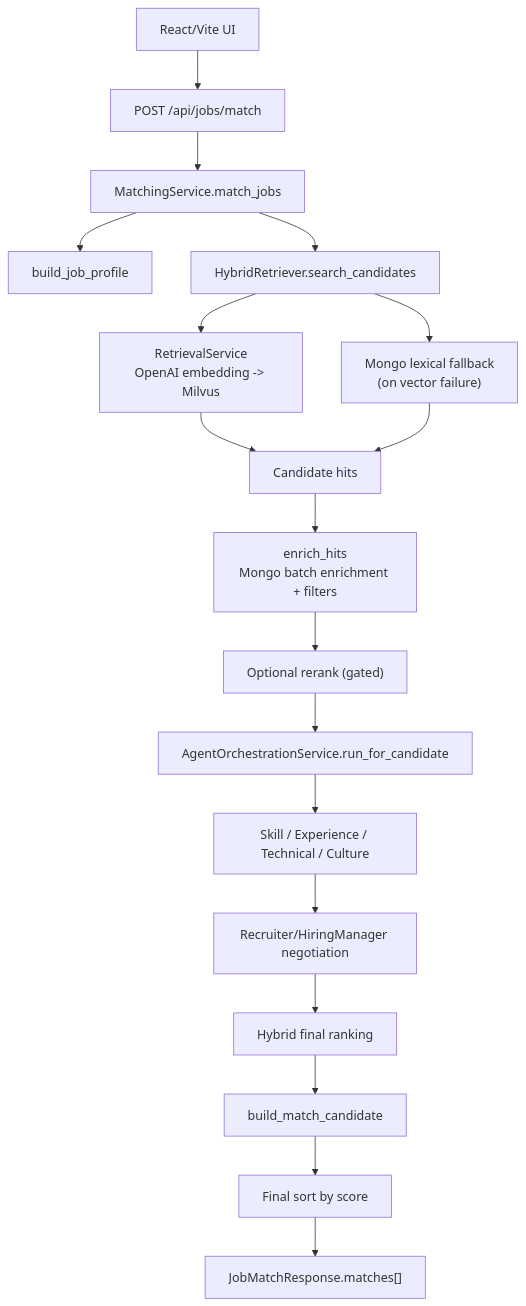
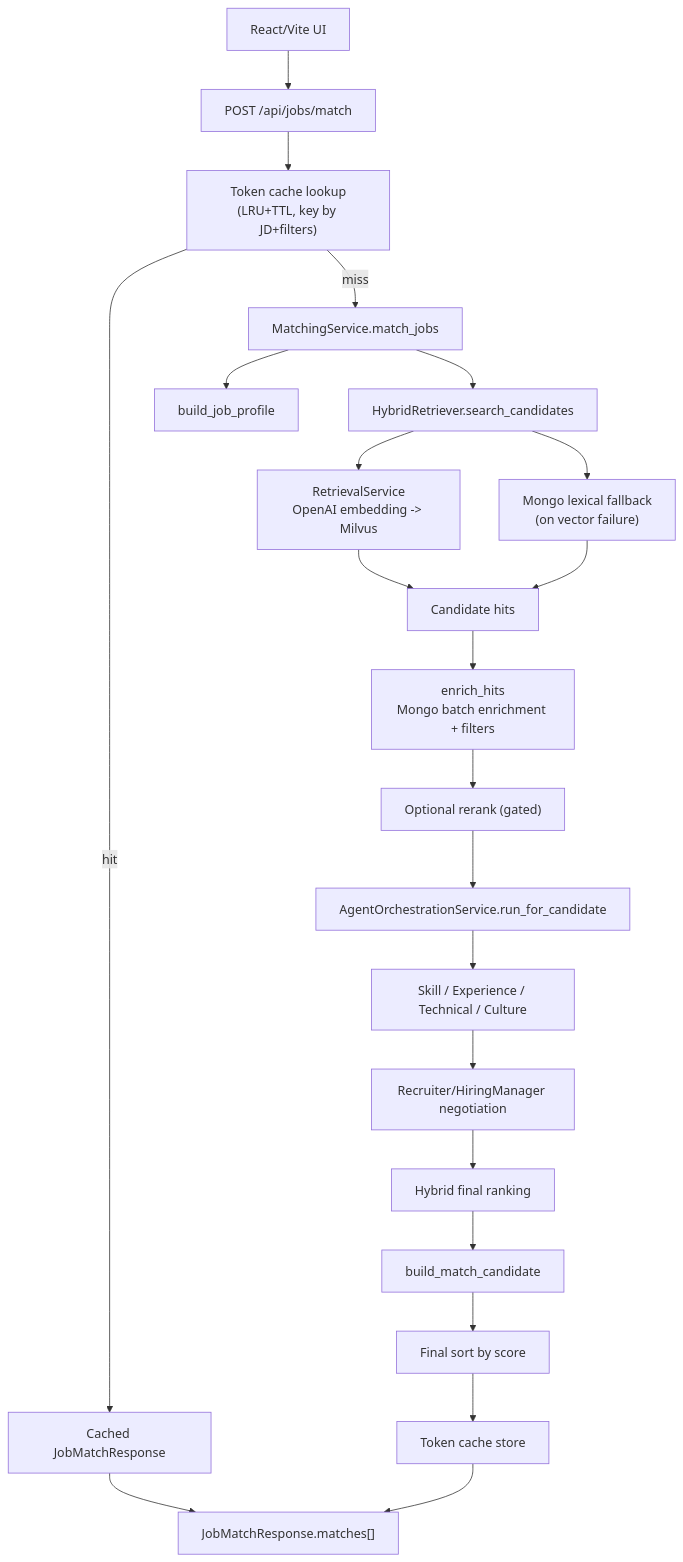
One commit to rhsoddld/resume-matching-pj changed the diagram in docs/data-flow/candidate_retrieval_flow.md. Above: the diagram before and after it, drawn with Mermaid. The commit also changed other lines of this file and 35 other files, not shown here.

````diff
--- a/docs/data-flow/candidate_retrieval_flow.md
+++ b/docs/data-flow/candidate_retrieval_flow.md
@@ -19,23 +20,27 @@
 ```mermaid
 flowchart TD
   ui["React/Vite UI"] --> api["POST /api/jobs/match"]
-  api --> match["MatchingService.match_jobs"]
+  api --> cacheLookup["Token cache lookup\n(LRU+TTL, key by JD+filters)"]
+  cacheLookup -- "hit" --> cacheHit["Cached JobMatchResponse"]
+  cacheHit --> response["JobMatchResponse.matches[]"]
+  cacheLookup -- "miss" --> match["MatchingService.match_jobs"]
   match --> profile["build_job_profile"]
   match --> retriever["HybridRetriever.search_candidates"]
 
   retriever --> vector["RetrievalService\nOpenAI embedding -> Milvus"]
   retriever --> fallback["Mongo lexical fallback\n(on vector failure)"]
 
   vector --> hits["Candidate hits"]
   fallback --> hits
 
   hits --> enrich["enrich_hits\nMongo batch enrichment + filters"]
   enrich --> rerank["Optional rerank (gated)"]
   rerank --> agent["AgentOrchestrationService.run_for_candidate"]
   agent --> bundle["Skill / Experience / Technical / Culture"]
   bundle --> weight["Recruiter/HiringManager negotiation"]
   weight --> rank["Hybrid final ranking"]
   rank --> build["build_match_candidate"]
   build --> sort["Final sort by score"]
-  sort --> response["JobMatchResponse.matches[]"]
+  sort --> cacheStore["Token cache store"]
+  cacheStore --> response
 ```
````
